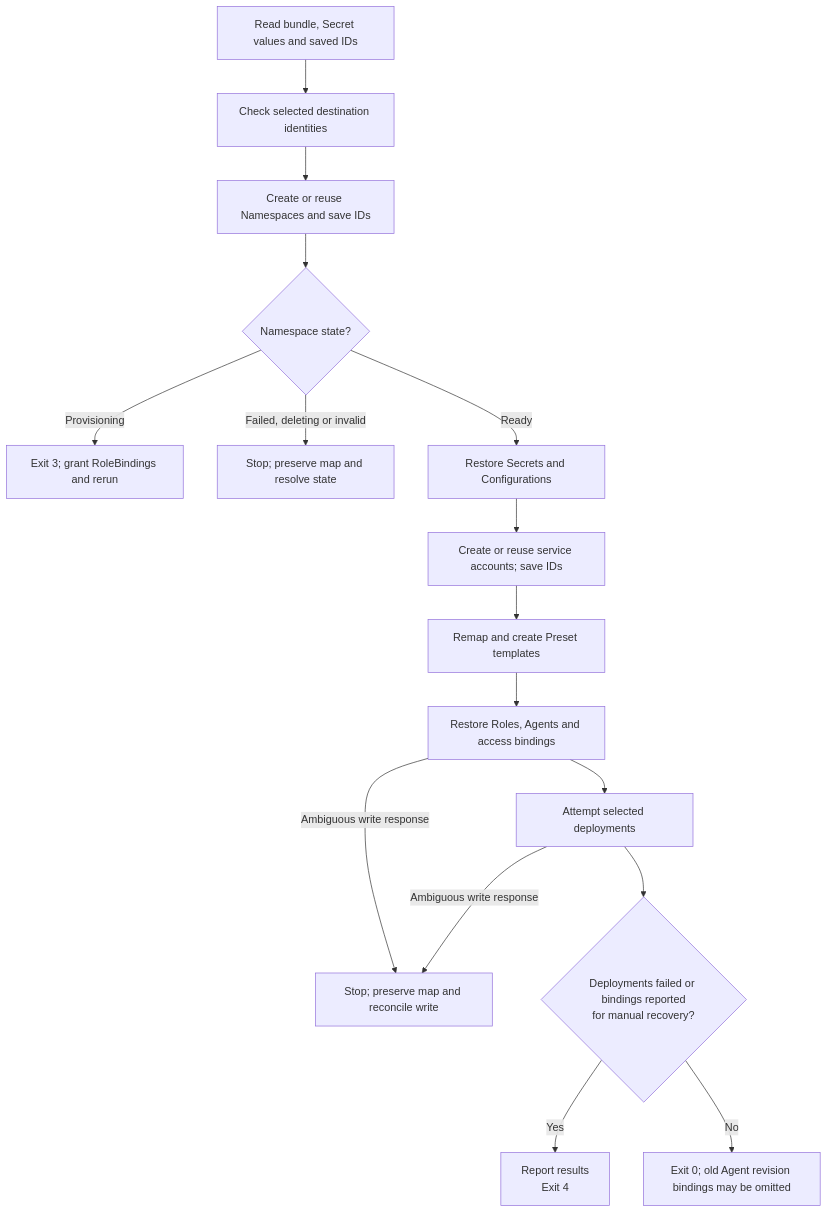
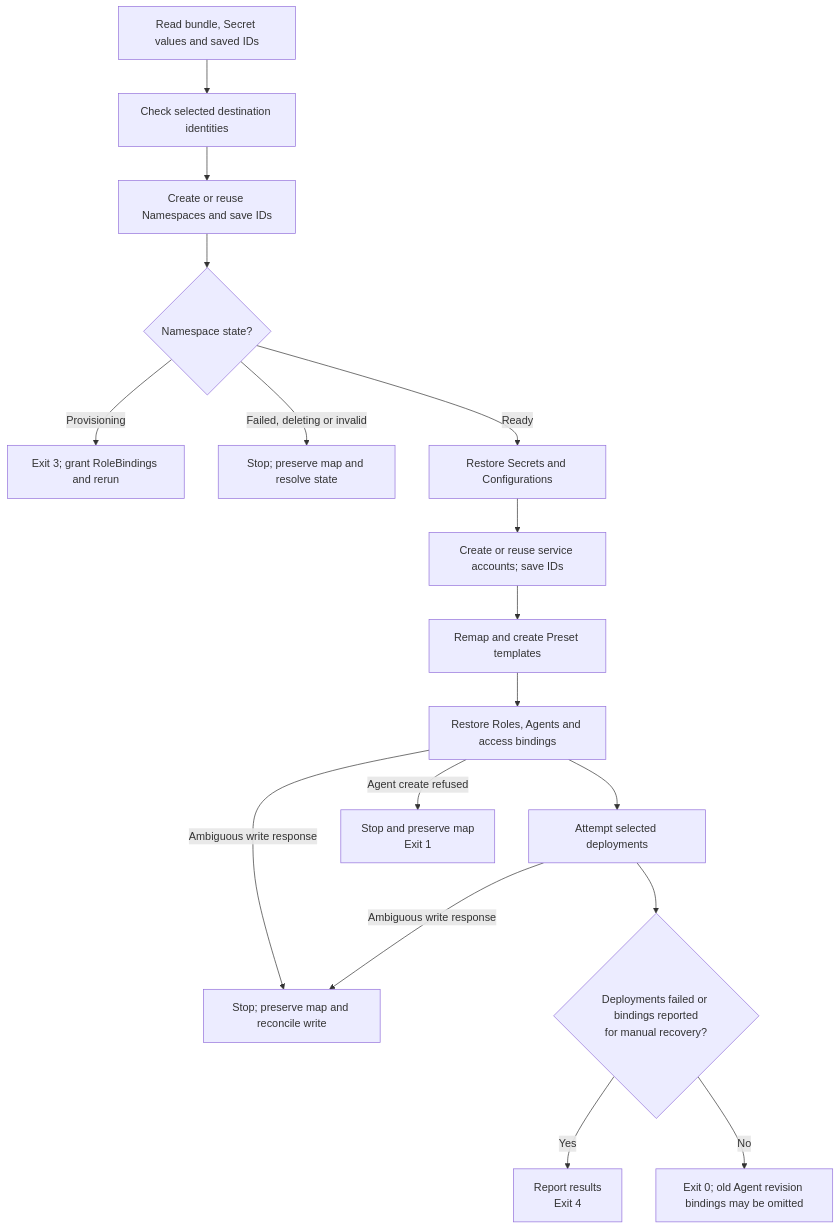
The diagram in docs/flows/tenant-restore.md (openclaw/openclaw-enterprise), drawn with Mermaid before and after one commit. The commit also changed other lines of this file and 11 other files, not shown here.

Commit message:
docs: align credential architecture and operator guidance with cutover

````diff
--- a/docs/flows/tenant-restore.md
+++ b/docs/flows/tenant-restore.md
@@ -27,18 +27,19 @@
 ```mermaid
 graph TD
     A["Read bundle, Secret values and saved IDs"] --> B["Check selected destination identities"]
     B --> C["Create or reuse Namespaces and save IDs"]
     C --> D{"Namespace state?"}
     D -->|Provisioning| E["Exit 3; grant RoleBindings and rerun"]
     D -->|Failed, deleting or invalid| N["Stop; preserve map and resolve state"]
     D -->|Ready| F["Restore Secrets and Configurations"]
     F --> G["Create or reuse service accounts; save IDs"]
     G --> H["Remap and create Preset templates"]
     H --> I["Restore Roles, Agents and access bindings"]
     I --> J["Attempt selected deployments"]
+    I -->|Agent create refused| P["Stop and preserve map<br/>Exit 1"]
     I -->|Ambiguous write response| O["Stop; preserve map and reconcile write"]
     J -->|Ambiguous write response| O
     J --> K{"Deployments failed or bindings reported<br/>for manual recovery?"}
     K -->|Yes| L["Report results<br/>Exit 4"]
     K -->|No| M["Exit 0; old Agent revision bindings may be omitted"]
 ```
````
